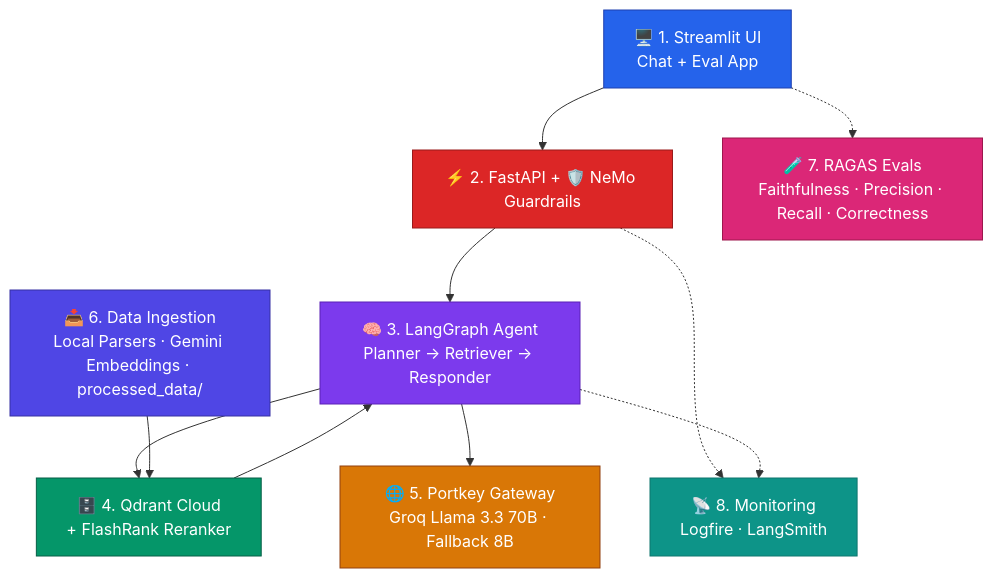
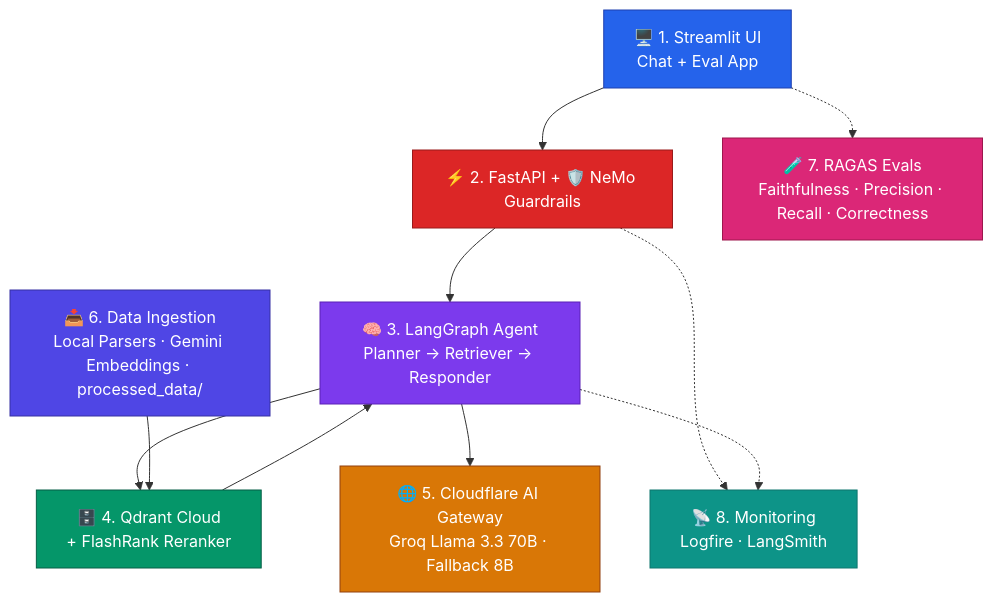
Before and after one commit to Kanak10/developer_assistant: the third of 3 diagrams in ARCHITECTURE.md, drawn with Mermaid. The commit also changed other lines of this file and 14 other files, not shown here.

Commit message:
Refactor LLM Gateway to Cloudflare AI Gateway; update planner and responder to use new gateway; enhance configuration settings; implement guardrails; add Streamlit UI for interaction; remove Portkey dependencies.

````diff
--- a/ARCHITECTURE.md
+++ b/ARCHITECTURE.md
@@ -235,37 +235,37 @@
 ```mermaid
 graph TB
     A["🖥️ 1. Streamlit UI\nChat + Eval App"]
     B["⚡ 2. FastAPI + 🛡️ NeMo Guardrails"]
     C["🧠 3. LangGraph Agent\nPlanner → Retriever → Responder"]
     D["🗄️ 4. Qdrant Cloud\n+ FlashRank Reranker"]
-    E["🌐 5. Portkey Gateway\nGroq Llama 3.3 70B · Fallback 8B"]
+    E["🌐 5. Cloudflare AI Gateway\nGroq Llama 3.3 70B · Fallback 8B"]
     F["📥 6. Data Ingestion\nLocal Parsers · Gemini Embeddings · processed_data/"]
     G["🧪 7. RAGAS Evals\nFaithfulness · Precision · Recall · Correctness"]
     H["📡 8. Monitoring\nLogfire · LangSmith"]
 
     A --> B --> C
     C --> D --> C
     C --> E
     F --> D
     A -.-> G
     B -.-> H
     C -.-> H
 
     classDef ui      fill:#2563EB,stroke:#1E40AF,color:#fff
     classDef safety  fill:#DC2626,stroke:#991B1B,color:#fff
     classDef agent   fill:#7C3AED,stroke:#5B21B6,color:#fff
     classDef db      fill:#059669,stroke:#065F46,color:#fff
     classDef llm     fill:#D97706,stroke:#92400E,color:#fff
     classDef ingest  fill:#4F46E5,stroke:#3730A3,color:#fff
     classDef evals   fill:#DB2777,stroke:#9D174D,color:#fff
     classDef obs     fill:#0D9488,stroke:#0F766E,color:#fff
 
     class A ui
     class B safety
     class C agent
     class D db
     class E llm
     class F ingest
     class G evals
     class H obs
 ```
````
